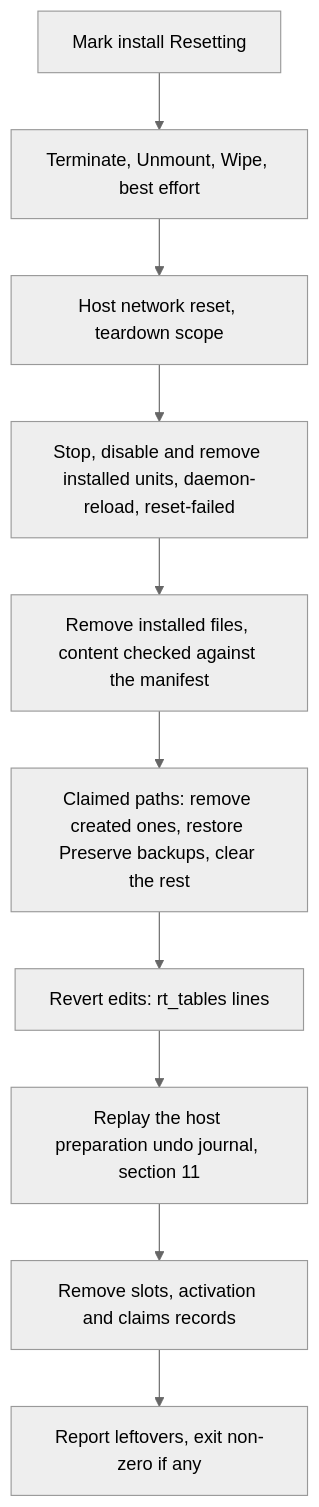
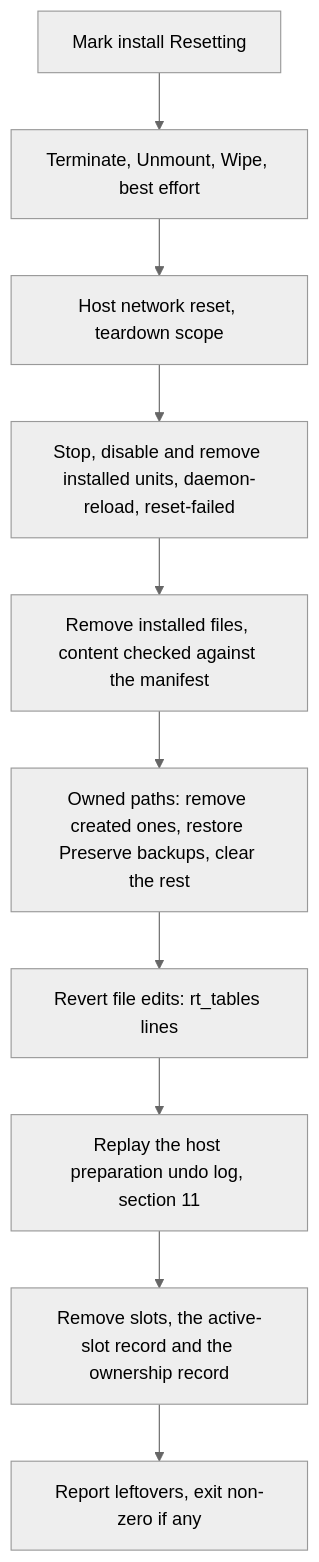
Diagram 13 of 13 in designs/agent-v2.md (Azure/unbounded), drawn with Mermaid (neutral theme) before and after one commit. The commit also changed other lines of this file, not shown here.

````diff
--- a/designs/agent-v2.md
+++ b/designs/agent-v2.md
@@ -1571,12 +1592,12 @@
 ```mermaid
 flowchart TD
   A["Mark install Resetting"] --> B["Terminate, Unmount, Wipe, best effort"]
   B --> C["Host network reset, teardown scope"]
   C --> D["Stop, disable and remove installed units, daemon-reload, reset-failed"]
   D --> E["Remove installed files, content checked against the manifest"]
-  E --> F["Claimed paths: remove created ones, restore Preserve backups, clear the rest"]
-  F --> G["Revert edits: rt_tables lines"]
-  G --> H["Replay the host preparation undo journal, section 11"]
-  H --> I["Remove slots, activation and claims records"]
+  E --> F["Owned paths: remove created ones, restore Preserve backups, clear the rest"]
+  F --> G["Revert file edits: rt_tables lines"]
+  G --> H["Replay the host preparation undo log, section 11"]
+  H --> I["Remove slots, the active-slot record and the ownership record"]
   I --> J["Report leftovers, exit non-zero if any"]
 ```
````
